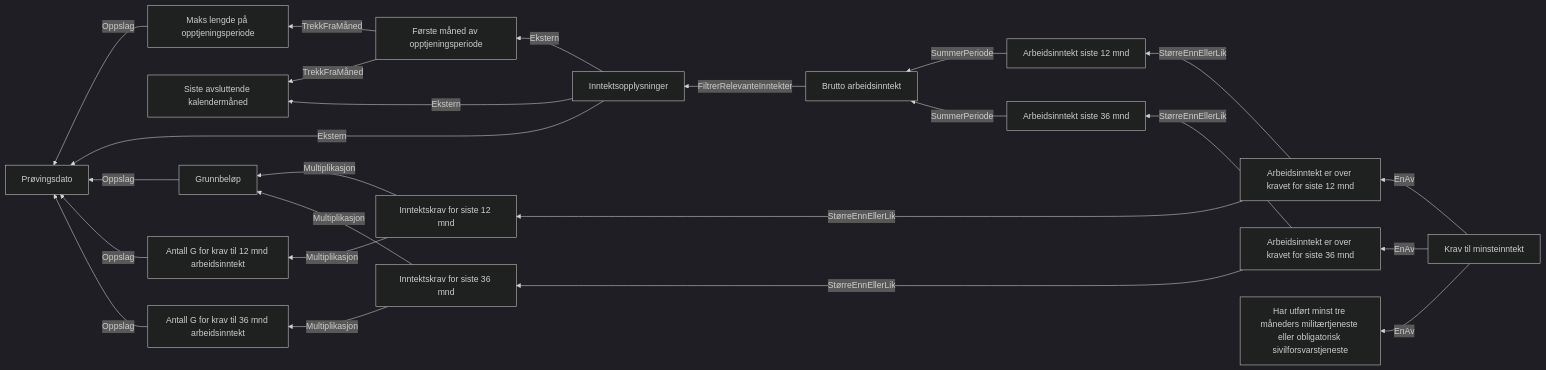
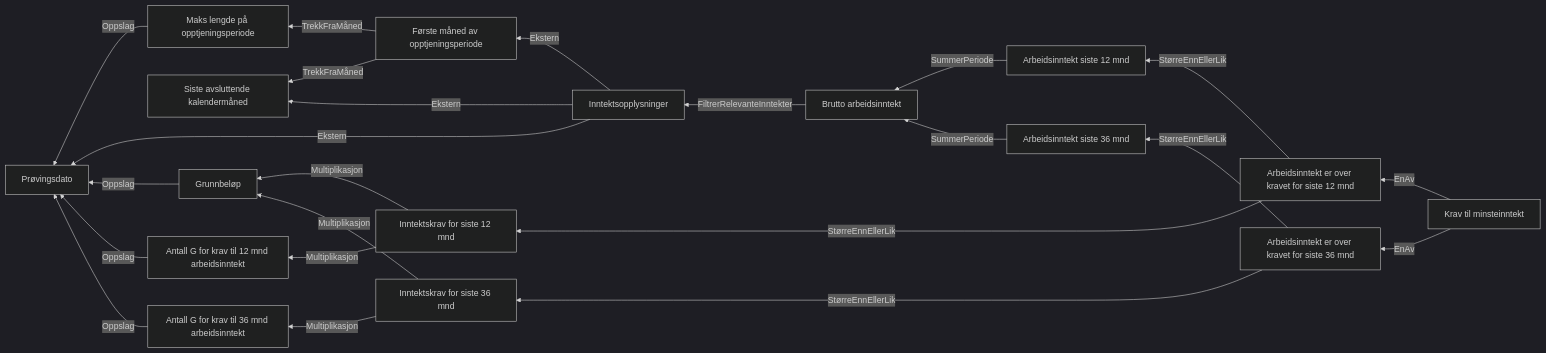
One commit to navikt/dp-vedtak changed the diagram in docs/regler/§ 4-4. Krav til minsteinntekt.approved.md. Above: the diagram before and after it, drawn with Mermaid (dark theme). The commit also changed 19 other files, not shown here.

````diff
--- a/docs/regler/§ 4-4. Krav til minsteinntekt.approved.md
+++ b/docs/regler/§ 4-4. Krav til minsteinntekt.approved.md
@@ -5,26 +5,25 @@
 ```mermaid
 graph RL
   A["Maks lengde på opptjeningsperiode"] -->|"Oppslag"| B["Prøvingsdato"]
   C["Første måned av opptjeningsperiode"] -->|"TrekkFraMåned"| D["Siste avsluttende kalendermåned"]
   C["Første måned av opptjeningsperiode"] -->|"TrekkFraMåned"| A["Maks lengde på opptjeningsperiode"]
   E["Inntektsopplysninger"] -->|"Ekstern"| B["Prøvingsdato"]
   E["Inntektsopplysninger"] -->|"Ekstern"| D["Siste avsluttende kalendermåned"]
   E["Inntektsopplysninger"] -->|"Ekstern"| C["Første måned av opptjeningsperiode"]
   F["Brutto arbeidsinntekt"] -->|"FiltrerRelevanteInntekter"| E["Inntektsopplysninger"]
   G["Grunnbeløp"] -->|"Oppslag"| B["Prøvingsdato"]
   H["Arbeidsinntekt siste 12 mnd"] -->|"SummerPeriode"| F["Brutto arbeidsinntekt"]
   I["Antall G for krav til 12 mnd arbeidsinntekt"] -->|"Oppslag"| B["Prøvingsdato"]
   J["Inntektskrav for siste 12 mnd"] -->|"Multiplikasjon"| G["Grunnbeløp"]
   J["Inntektskrav for siste 12 mnd"] -->|"Multiplikasjon"| I["Antall G for krav til 12 mnd arbeidsinntekt"]
   K["Arbeidsinntekt er over kravet for siste 12 mnd"] -->|"StørreEnnEllerLik"| H["Arbeidsinntekt siste 12 mnd"]
   K["Arbeidsinntekt er over kravet for siste 12 mnd"] -->|"StørreEnnEllerLik"| J["Inntektskrav for siste 12 mnd"]
   L["Arbeidsinntekt siste 36 mnd"] -->|"SummerPeriode"| F["Brutto arbeidsinntekt"]
   M["Antall G for krav til 36 mnd arbeidsinntekt"] -->|"Oppslag"| B["Prøvingsdato"]
   N["Inntektskrav for siste 36 mnd"] -->|"Multiplikasjon"| G["Grunnbeløp"]
   N["Inntektskrav for siste 36 mnd"] -->|"Multiplikasjon"| M["Antall G for krav til 36 mnd arbeidsinntekt"]
   O["Arbeidsinntekt er over kravet for siste 36 mnd"] -->|"StørreEnnEllerLik"| L["Arbeidsinntekt siste 36 mnd"]
   O["Arbeidsinntekt er over kravet for siste 36 mnd"] -->|"StørreEnnEllerLik"| N["Inntektskrav for siste 36 mnd"]
   P["Krav til minsteinntekt"] -->|"EnAv"| K["Arbeidsinntekt er over kravet for siste 12 mnd"]
   P["Krav til minsteinntekt"] -->|"EnAv"| O["Arbeidsinntekt er over kravet for siste 36 mnd"]
-  P["Krav til minsteinntekt"] -->|"EnAv"| Q["Har utført minst tre måneders militærtjeneste eller obligatorisk sivilforsvarstjeneste"]
 ```
````
